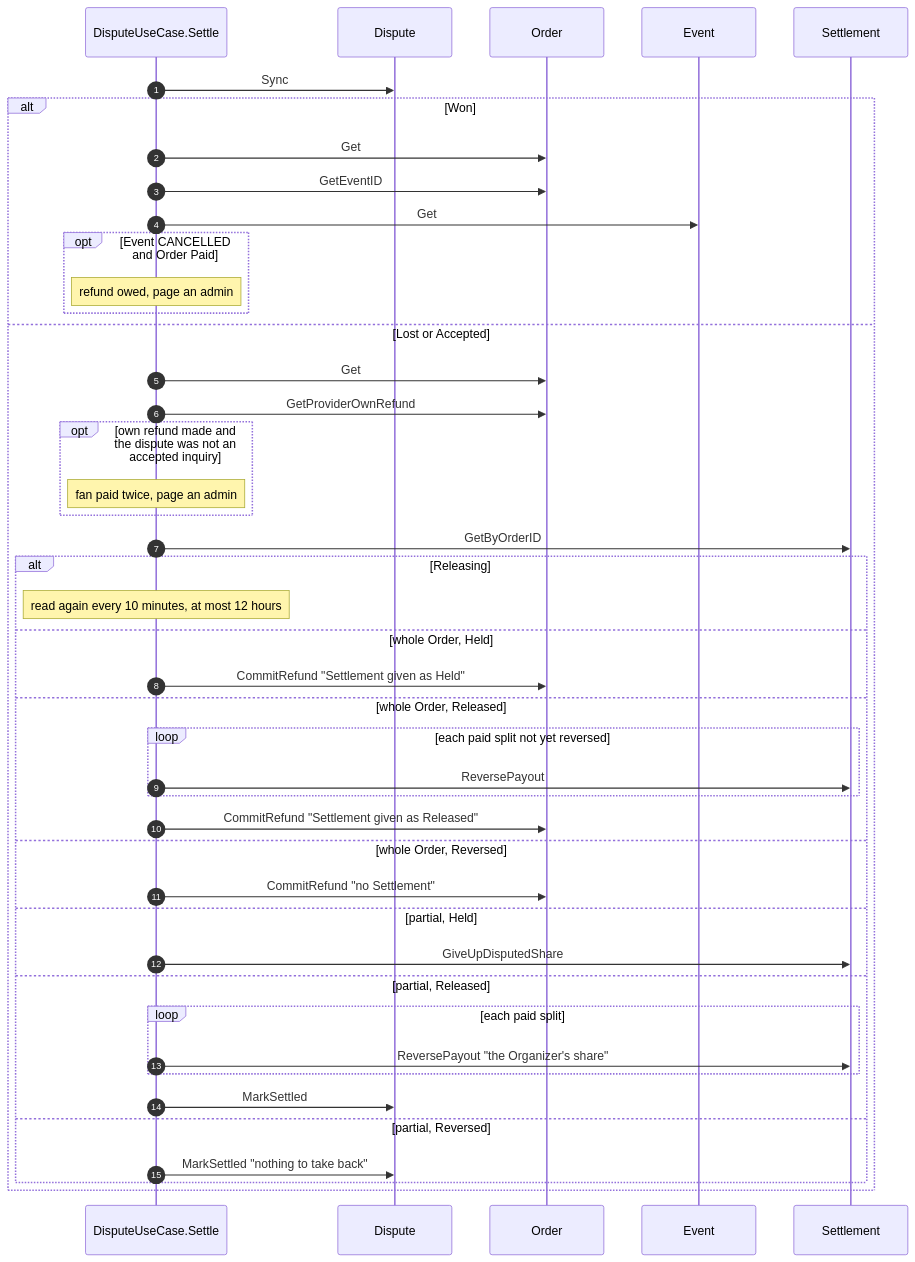
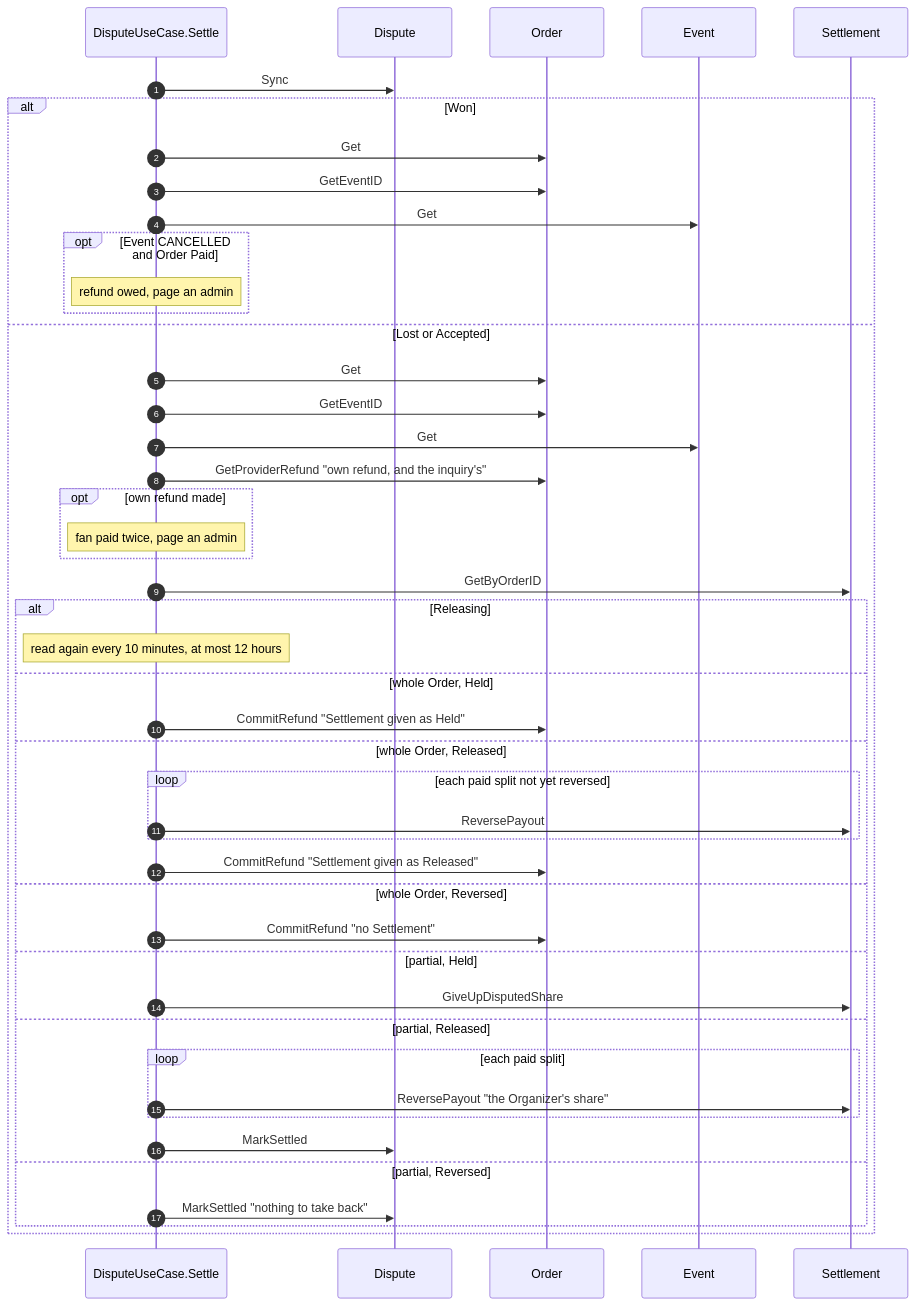
The diagram in openspec/changes/contest-disputes-and-serialize-payouts/specs/components/usecase/dispute/settle/spec.md (liverty-music/specification), drawn with Mermaid before and after one commit. The commit also changed other lines of this file and 7 other files, not shown here.

First line of the commit message:
docs(openspec): read a refund by purpose when settling a dispute

````diff
--- a/openspec/changes/contest-disputes-and-serialize-payouts/specs/components/usecase/dispute/settle/spec.md
+++ b/openspec/changes/contest-disputes-and-serialize-payouts/specs/components/usecase/dispute/settle/spec.md
@@ -7,46 +7,48 @@
 ```mermaid
 sequenceDiagram
 autonumber
 participant UC as DisputeUseCase.Settle
 participant Dispute
 participant Order
 participant Event
 participant Settlement
 UC->>Dispute: Sync
 alt Won
   UC->>Order: Get
   UC->>Order: GetEventID
   UC->>Event: Get
   opt Event CANCELLED and Order Paid
     Note over UC: refund owed, page an admin
   end
 else Lost or Accepted
   UC->>Order: Get
-  UC->>Order: GetProviderOwnRefund
-  opt own refund made and the dispute was not an accepted inquiry
+  UC->>Order: GetEventID
+  UC->>Event: Get
+  UC->>Order: GetProviderRefund "own refund, and the inquiry's"
+  opt own refund made
     Note over UC: fan paid twice, page an admin
   end
   UC->>Settlement: GetByOrderID
   alt Releasing
     Note over UC: read again every 10 minutes, at most 12 hours
   else whole Order, Held
     UC->>Order: CommitRefund "Settlement given as Held"
   else whole Order, Released
     loop each paid split not yet reversed
       UC->>Settlement: ReversePayout
     end
     UC->>Order: CommitRefund "Settlement given as Released"
   else whole Order, Reversed
     UC->>Order: CommitRefund "no Settlement"
   else partial, Held
     UC->>Settlement: GiveUpDisputedShare
   else partial, Released
     loop each paid split
       UC->>Settlement: ReversePayout "the Organizer's share"
     end
     UC->>Dispute: MarkSettled
   else partial, Reversed
     UC->>Dispute: MarkSettled "nothing to take back"
   end
 end
 ```
````
